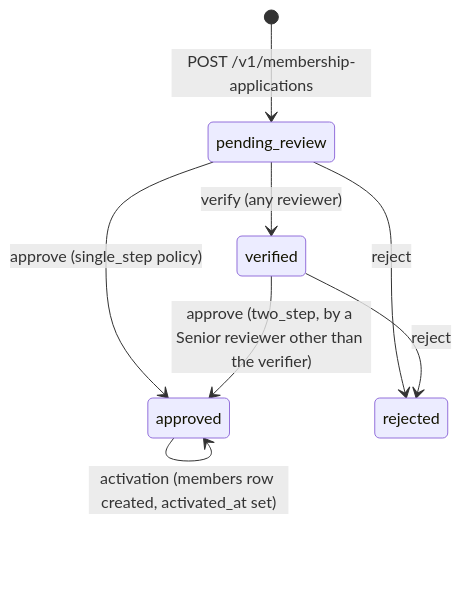
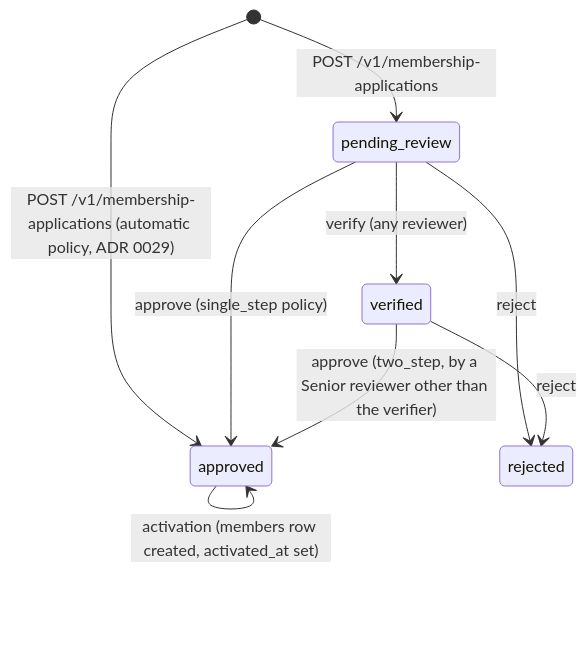
Before and after one commit to EngCrafters/engsoc-platform: the second of 5 diagrams in docs/reference/roles-and-permissions.md, drawn with Mermaid. The commit also changed other lines of this file and 201 other files, not shown here.

````diff
--- a/docs/reference/roles-and-permissions.md
+++ b/docs/reference/roles-and-permissions.md
@@ -43,10 +47,11 @@
 ```mermaid
 stateDiagram-v2
   [*] --> pending_review: POST /v1/membership-applications
+  [*] --> approved: POST /v1/membership-applications (automatic policy, ADR 0029)
   pending_review --> verified: verify (any reviewer)
   pending_review --> approved: approve (single_step policy)
   verified --> approved: approve (two_step, by a Senior reviewer other than the verifier)
   pending_review --> rejected: reject
   verified --> rejected: reject
   approved --> approved: activation (members row created, activated_at set)
 ```
````
